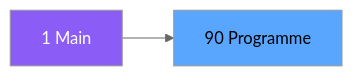
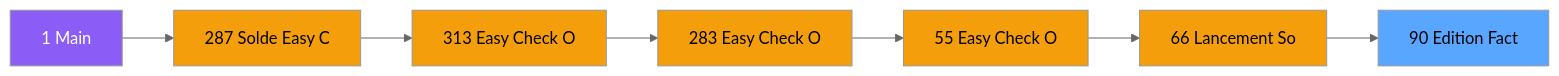
The second of 3 diagrams in .openspec/specs/ADH-IDE-90.md (thonyAGP/magic-migration), drawn with Mermaid (neutral theme) before and after one commit. The commit also changed other lines of this file and 323 other files, not shown here.

````diff
--- a/.openspec/specs/ADH-IDE-90.md
+++ b/.openspec/specs/ADH-IDE-90.md
@@ -105,8 +115,23 @@
 ```mermaid
 graph LR
     M[1 Main]
-    T[90 Programme]
-    M --> T
+    N287[287 Solde Easy C]
+    N313[313 Easy Check O]
+    N283[283 Easy Check O]
+    N55[55 Easy Check O]
+    N66[66 Lancement So]
+    T[90 Edition Fact]
+    M --> N287
+    N287 --> N313
+    N313 --> N283
+    N283 --> N55
+    N55 --> N66
+    N66 --> T
     style M fill:#8b5cf6,color:#fff
+    style N287 fill:#f59e0b
+    style N313 fill:#f59e0b
+    style N283 fill:#f59e0b
+    style N55 fill:#f59e0b
+    style N66 fill:#f59e0b
     style T fill:#58a6ff,color:#000
 ```
````
